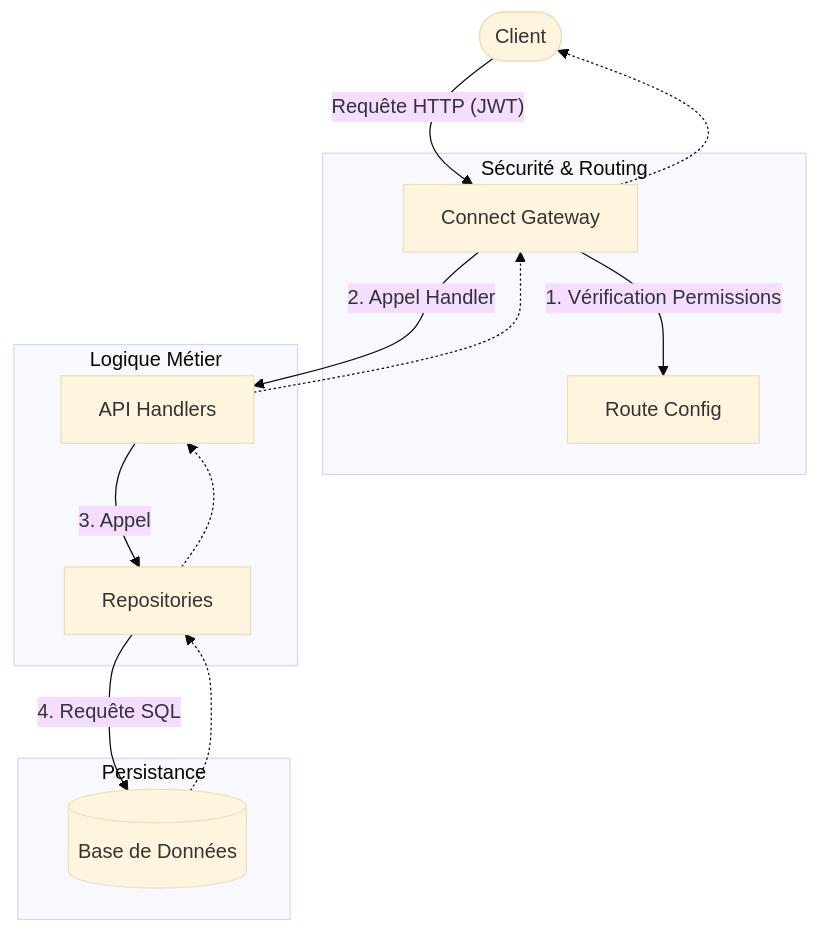
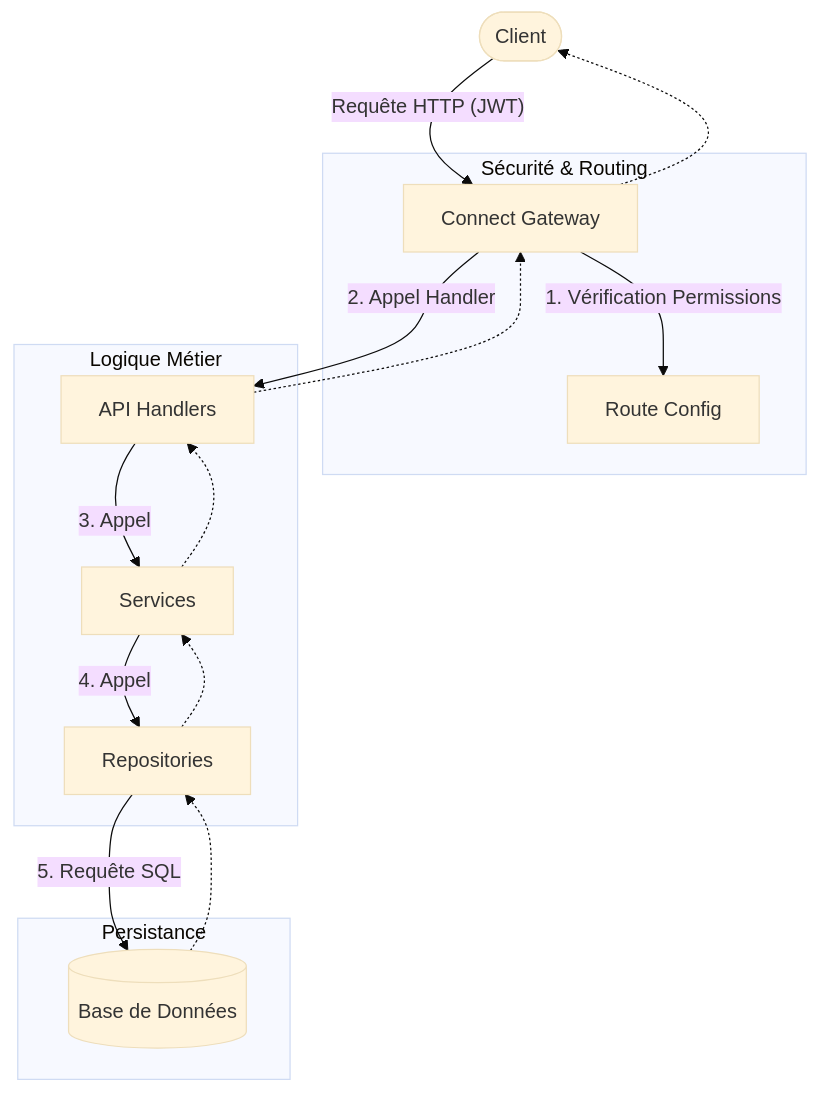
Before and after one commit to ERP-CNAM/back: the diagram in docs/index.md, drawn with Mermaid (base theme). The commit also changed 2 other files, not shown here.

Commit message:
docs: update docs to include service layer

````diff
--- a/docs/index.md
+++ b/docs/index.md
@@ -18,23 +18,25 @@
 ```mermaid
 graph TD
     Client([Client]) -- "Requête HTTP (JWT)" --> Gateway[Connect Gateway]
     
     subgraph "Sécurité & Routing"
     Gateway -- "1. Vérification Permissions" --> RouteConfig[Route Config]
     end
     
     Gateway -- "2. Appel Handler" --> Handlers[API Handlers]
     
     subgraph "Logique Métier"
-    Handlers -- "3. Appel" --> Repos[Repositories]
+    Handlers -- "3. Appel" --> Services[Services]
+    Services -- "4. Appel" --> Repos[Repositories]
     end
     
     subgraph "Persistance"
-    Repos -- "4. Requête SQL" --> DB[(Base de Données)]
+    Repos -- "5. Requête SQL" --> DB[(Base de Données)]
     end
     
     DB -.-> Repos
-    Repos -.-> Handlers
+    Repos -.-> Services
+    Services -.-> Handlers
     Handlers -.-> Gateway
     Gateway -.-> Client
 ```
````
